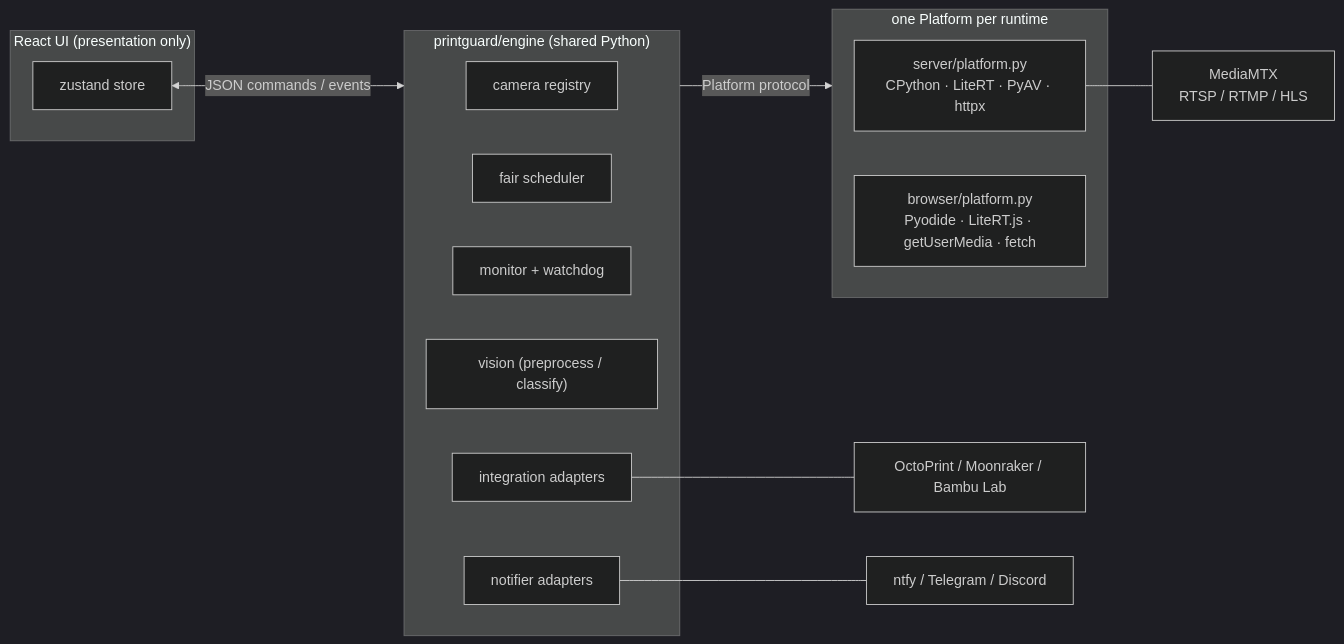
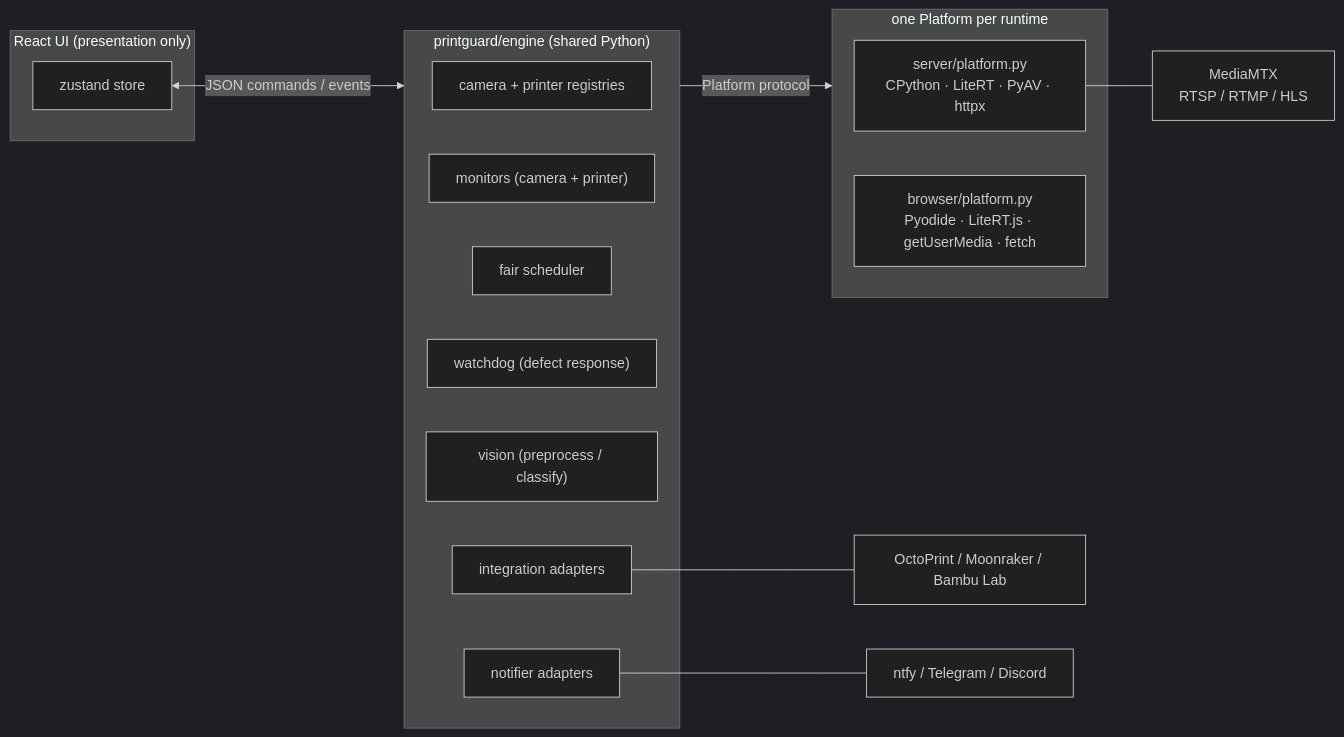
One commit to oliverbravery/PrintGuard changed the first of 2 diagrams in docs/architecture.md. Above: the diagram before and after it, drawn with Mermaid (dark theme). The commit also changed other lines of this file and 25 other files, not shown here.

````diff
--- a/docs/architecture.md
+++ b/docs/architecture.md
@@ -8,28 +8,29 @@
 ```mermaid
 flowchart LR
     subgraph UI["React UI (presentation only)"]
         store["zustand store"]
     end
 
     store <-- "JSON commands / events" --> engine
 
     subgraph engine["printguard/engine (shared Python)"]
-        registry["camera registry"]
+        registry["camera + printer registries"]
+        monitors["monitors (camera + printer)"]
         scheduler["fair scheduler"]
-        monitor["monitor + watchdog"]
+        watchdog["watchdog (defect response)"]
         vision["vision (preprocess / classify)"]
         integrations["integration adapters"]
         notifiers["notifier adapters"]
     end
 
     engine -- "Platform protocol" --> platform
 
     subgraph platform["one Platform per runtime"]
         server["server/platform.py<br/>CPython · LiteRT · PyAV · httpx"]
         browser["browser/platform.py<br/>Pyodide · LiteRT.js · getUserMedia · fetch"]
     end
 
     server --- mediamtx["MediaMTX<br/>RTSP / RTMP / HLS"]
     integrations --- printersvc["OctoPrint / Moonraker / Bambu Lab"]
     notifiers --- push["ntfy / Telegram / Discord"]
 ```
````
